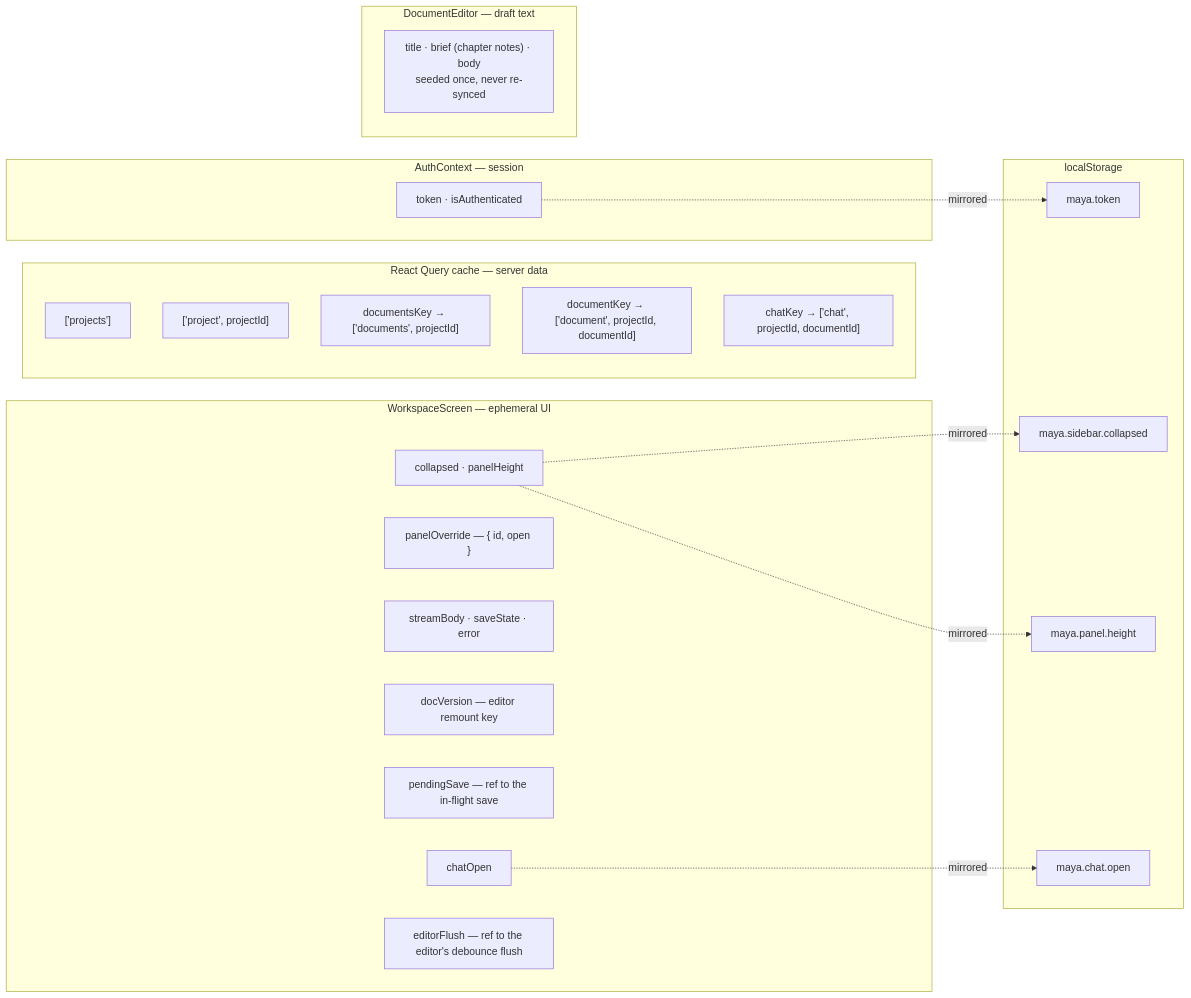
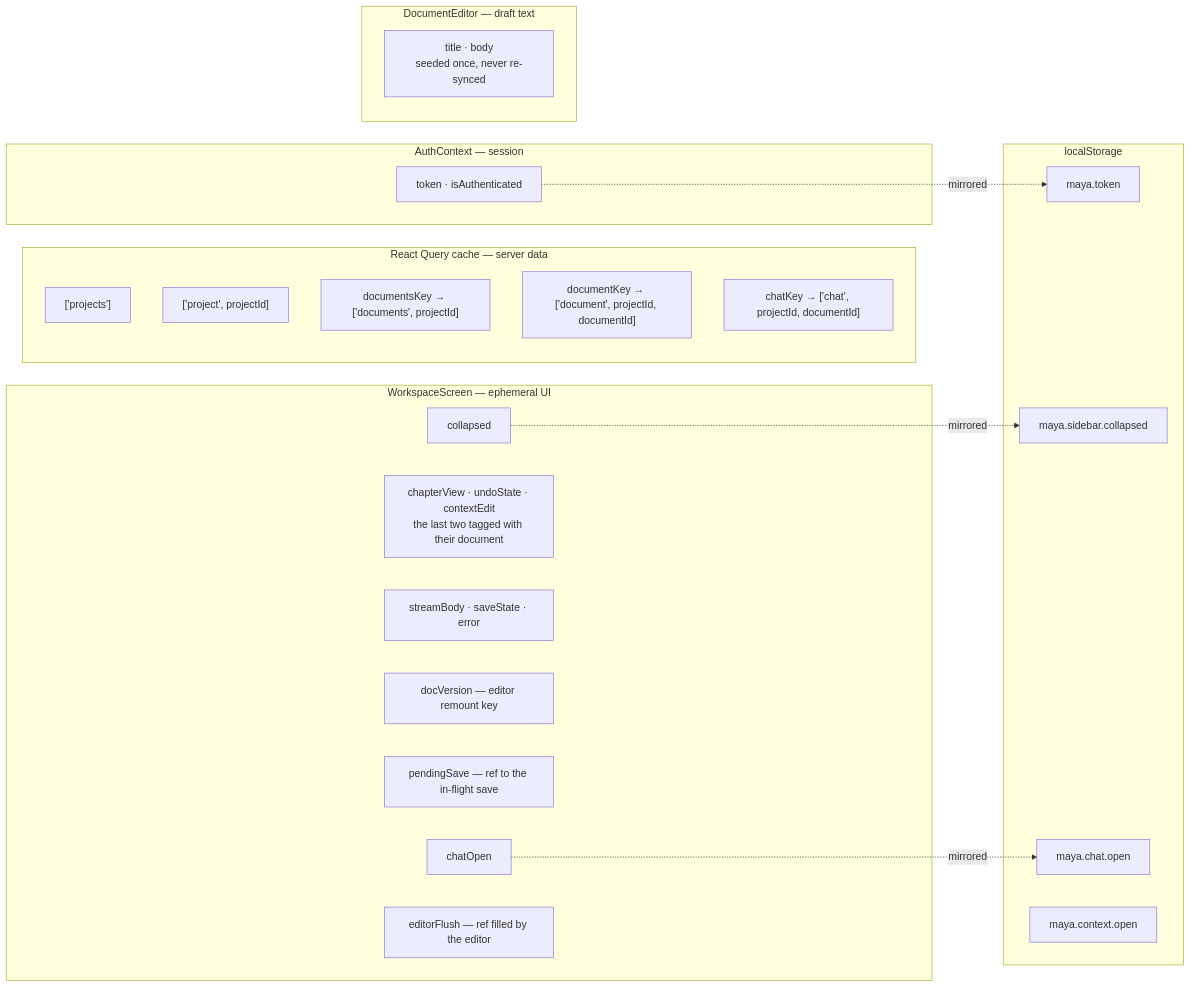
The third of 3 diagrams in docs/diagrams/04-frontend-architecture.md (Akazz-L/maya), drawn with Mermaid before and after one commit. The commit also changed other lines of this file and 27 other files, not shown here.

Commit message:
feat: replace the plan panel with Write / Plan / Issues chapter views (#18)

````diff
--- a/docs/diagrams/04-frontend-architecture.md
+++ b/docs/diagrams/04-frontend-architecture.md
@@ -117,40 +121,39 @@
 ```mermaid
 graph LR
     subgraph rq["React Query cache — server data"]
         K1["['projects']"]
         K2["['project', projectId]"]
         K3["documentsKey → ['documents', projectId]"]
         K4["documentKey → ['document', projectId, documentId]"]
         K5["chatKey → ['chat', projectId, documentId]"]
     end
 
     subgraph ctx["AuthContext — session"]
         T["token · isAuthenticated"]
     end
 
     subgraph local["WorkspaceScreen — ephemeral UI"]
-        L1["collapsed · panelHeight"]
-        L2["panelOverride — { id, open }"]
+        L1["collapsed"]
+        L2["chapterView · undoState · contextEdit<br/>the last two tagged with their document"]
         L3["streamBody · saveState · error"]
         L4["docVersion — editor remount key"]
         L5["pendingSave — ref to the in-flight save"]
         L6["chatOpen"]
-        L7["editorFlush — ref to the editor's debounce flush"]
+        L7["editorFlush — ref filled by the editor"]
     end
 
     subgraph ed["DocumentEditor — draft text"]
-        E1["title · brief (chapter notes) · body<br/>seeded once, never re-synced"]
+        E1["title · body<br/>seeded once, never re-synced"]
     end
 
     subgraph ls["localStorage"]
         S1["maya.token"]
         S2["maya.sidebar.collapsed"]
-        S3["maya.panel.height"]
         S4["maya.chat.open"]
+        S5["maya.context.open"]
     end
 
     T -.->|mirrored| S1
     L1 -.->|mirrored| S2
-    L1 -.->|mirrored| S3
     L6 -.->|mirrored| S4
 ```
````
